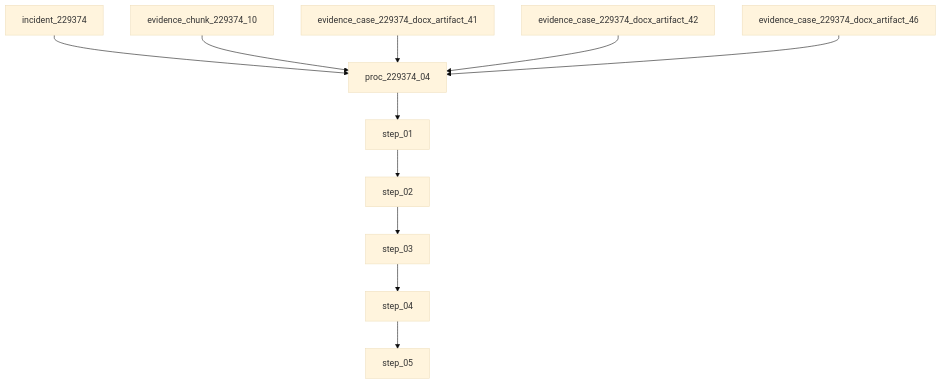
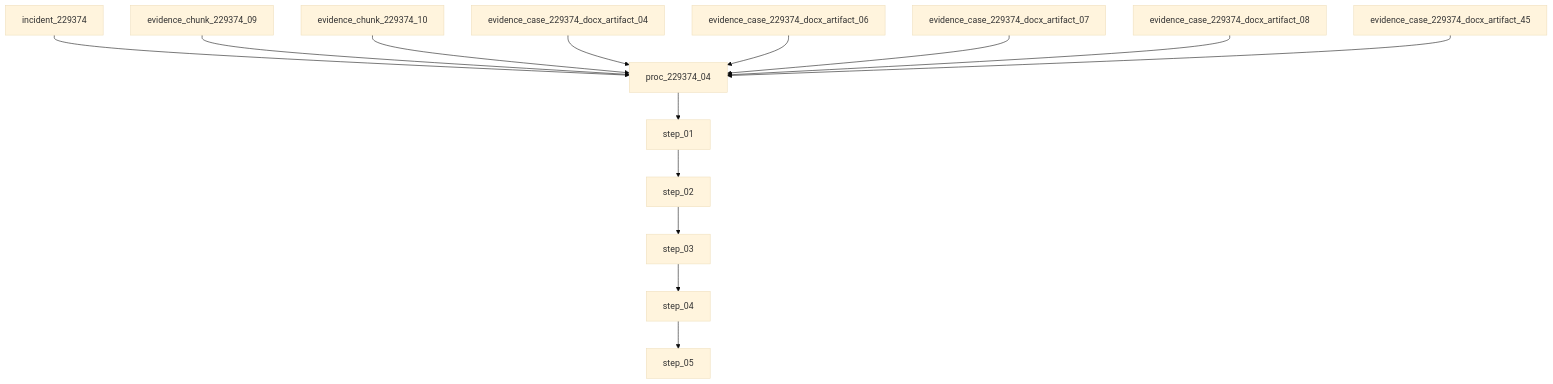
The diagram in data/procedures/graphs/proc_229374_04.md (caiyawulf21/optisweepAI-phase0), drawn with Mermaid (base theme) before and after one commit. The commit also changed 896 other files, not shown here.

````diff
--- a/data/procedures/graphs/proc_229374_04.md
+++ b/data/procedures/graphs/proc_229374_04.md
@@ -3,14 +3,17 @@
 ```mermaid
 flowchart TD
   start[proc_229374_04]
   start --> step_01[step_01]
   step_01 --> step_02[step_02]
   step_02 --> step_03[step_03]
   step_03 --> step_04[step_04]
   step_04 --> step_05[step_05]
   229374[incident_229374] --> start
+  chunk_229374_09[evidence_chunk_229374_09] --> start
   chunk_229374_10[evidence_chunk_229374_10] --> start
-  case_229374_docx_artifact_41[evidence_case_229374_docx_artifact_41] --> start
-  case_229374_docx_artifact_42[evidence_case_229374_docx_artifact_42] --> start
-  case_229374_docx_artifact_46[evidence_case_229374_docx_artifact_46] --> start
+  case_229374_docx_artifact_04[evidence_case_229374_docx_artifact_04] --> start
+  case_229374_docx_artifact_06[evidence_case_229374_docx_artifact_06] --> start
+  case_229374_docx_artifact_07[evidence_case_229374_docx_artifact_07] --> start
+  case_229374_docx_artifact_08[evidence_case_229374_docx_artifact_08] --> start
+  case_229374_docx_artifact_45[evidence_case_229374_docx_artifact_45] --> start
 ```
````
